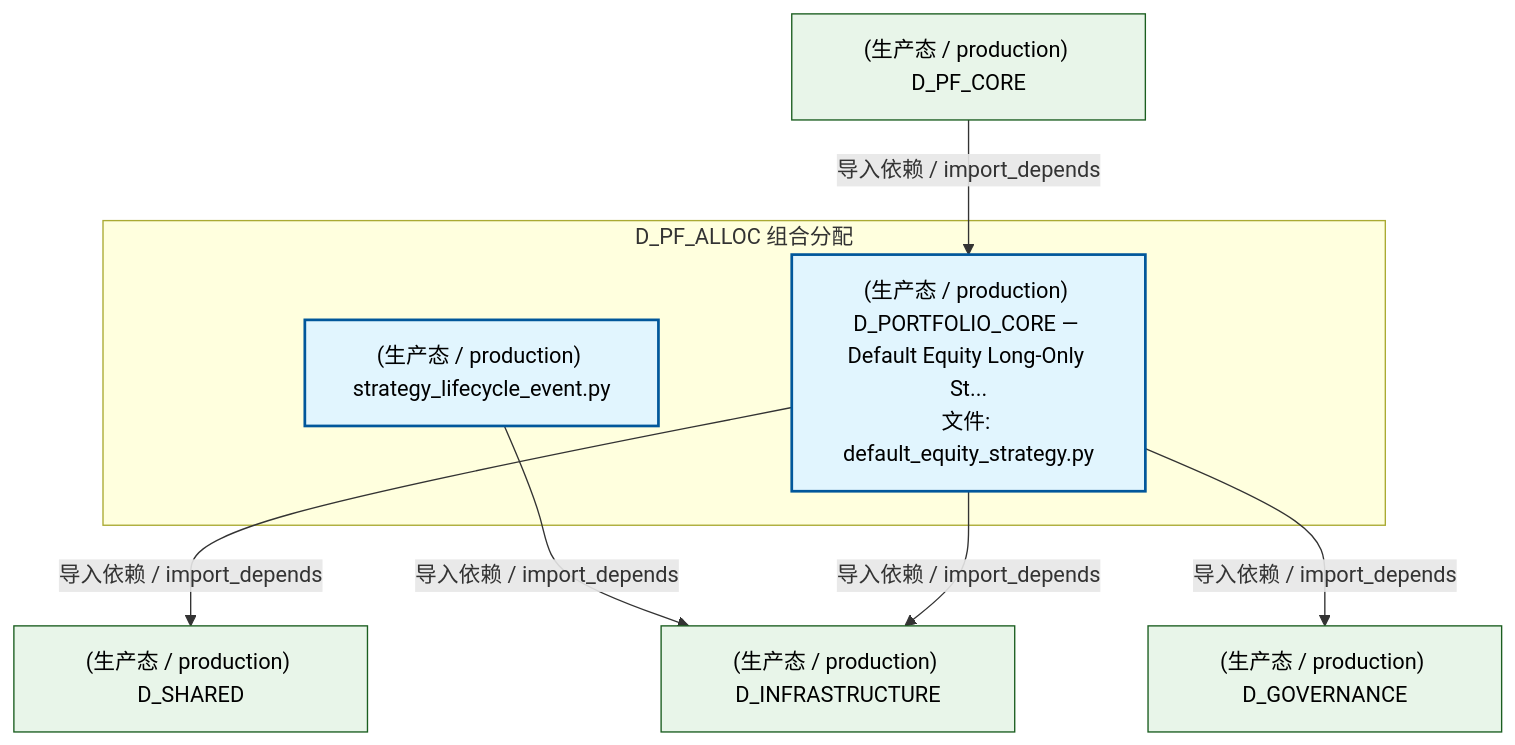
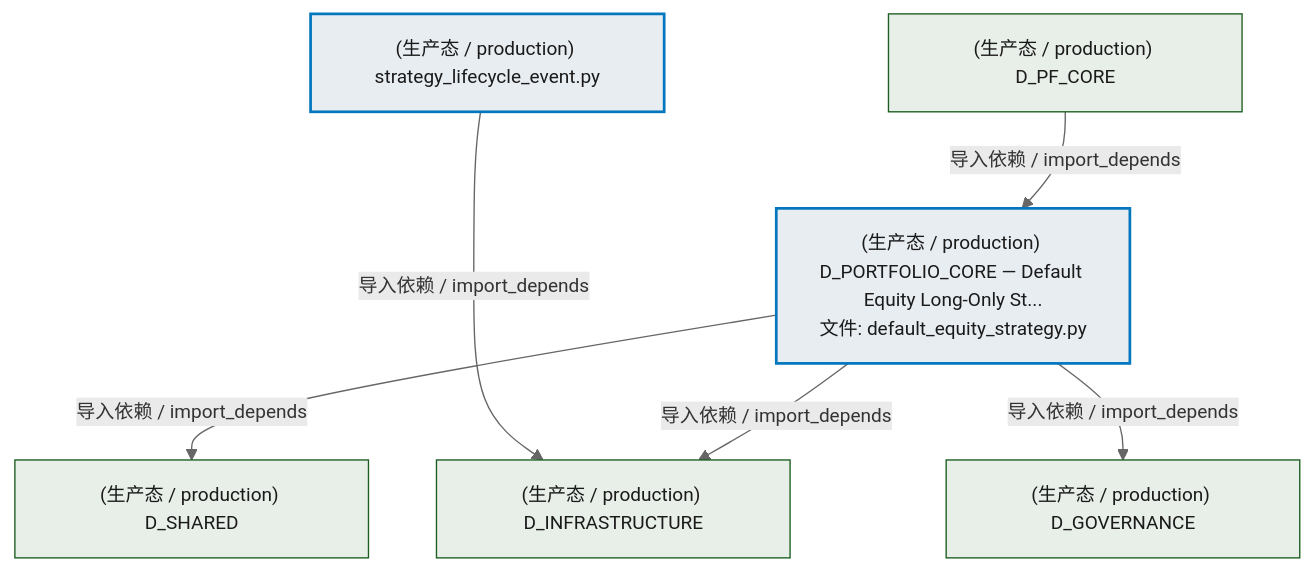
One commit to xuanFelixVan/ZephyrAlpha changed the second of 3 diagrams in docs/02_enterprise_architecture/02_domain_architecture_docs/62_d_pf_alloc.md. Above: the diagram before and after it, drawn with Mermaid. The commit also changed other lines of this file and 76 other files, not shown here.

````diff
--- a/docs/02_enterprise_architecture/02_domain_architecture_docs/62_d_pf_alloc.md
+++ b/docs/02_enterprise_architecture/02_domain_architecture_docs/62_d_pf_alloc.md
@@ -94,22 +94,22 @@
 ```mermaid
-graph TD
-    subgraph D_PF_ALLOC["D_PF_ALLOC 组合分配"]
-        src_zephyr_pf_alloc_strategy_lifecycle_event_py["(生产态 / production) strategy_lifecycle_event.py"]
-        src_zephyr_pf_core_default_equity_strategy_py["(生产态 / production) D_PORTFOLIO_CORE — Default Equity Long-Only St...<br/>文件: default_equity_strategy.py"]
-    end
+%%{init: {'theme': 'base', 'themeVariables': {'primaryColor': '#eaeaea', 'primaryTextColor': '#333333', 'primaryBorderColor': '#666666', 'lineColor': '#666666', 'secondaryColor': '#eaeaea', 'tertiaryColor': '#eaeaea', 'fontSize': '14px'}}}%%
+flowchart TD
+    src_zephyr_pf_alloc_strategy_lifecycle_event_py["(生产态 / production) strategy_lifecycle_event.py"]
+    src_zephyr_pf_core_default_equity_strategy_py["(生产态 / production) D_PORTFOLIO_CORE — Default Equity Long-Only St...<br/>文件: default_equity_strategy.py"]
+    src_zephyr_pf_alloc_strategy_lifecycle_event_py ~~~ src_zephyr_pf_core_default_equity_strategy_py
     D_INFRASTRUCTURE["(生产态 / production) D_INFRASTRUCTURE"]
     src_zephyr_pf_alloc_strategy_lifecycle_event_py -->|导入依赖 / import_depends| D_INFRASTRUCTURE
     D_SHARED["(生产态 / production) D_SHARED"]
     src_zephyr_pf_core_default_equity_strategy_py -->|导入依赖 / import_depends| D_SHARED
     src_zephyr_pf_core_default_equity_strategy_py -->|导入依赖 / import_depends| D_INFRASTRUCTURE
     D_GOVERNANCE["(生产态 / production) D_GOVERNANCE"]
     src_zephyr_pf_core_default_equity_strategy_py -->|导入依赖 / import_depends| D_GOVERNANCE
     D_PF_CORE["(生产态 / production) D_PF_CORE"]
     D_PF_CORE -->|导入依赖 / import_depends| src_zephyr_pf_core_default_equity_strategy_py
-    classDef production fill:#e1f5fe,stroke:#01579b,stroke-width:2px,color:#000
-    classDef design fill:#fff3e0,stroke:#e65100,stroke-width:2px,color:#000,stroke-dasharray: 5 5
-    classDef external_prod fill:#e8f5e9,stroke:#1b5e20,stroke-width:1px,color:#000
-    classDef external_design fill:#fce4ec,stroke:#880e4f,stroke-width:1px,color:#000,stroke-dasharray: 5 5
+    classDef production fill:#e8edf2,stroke:#0277bd,stroke-width:2px,color:#1a1a1a
+    classDef design fill:#f0ebe3,stroke:#bf360c,stroke-width:2px,color:#1a1a1a,stroke-dasharray: 5 5
+    classDef external_prod fill:#e8efe9,stroke:#1b5e20,stroke-width:1px,color:#1a1a1a
+    classDef external_design fill:#efe5ea,stroke:#880e4f,stroke-width:1px,color:#1a1a1a,stroke-dasharray: 5 5
     class src_zephyr_pf_alloc_strategy_lifecycle_event_py,src_zephyr_pf_core_default_equity_strategy_py production
     class D_INFRASTRUCTURE,D_SHARED,D_GOVERNANCE,D_PF_CORE external_prod
 ```
````
